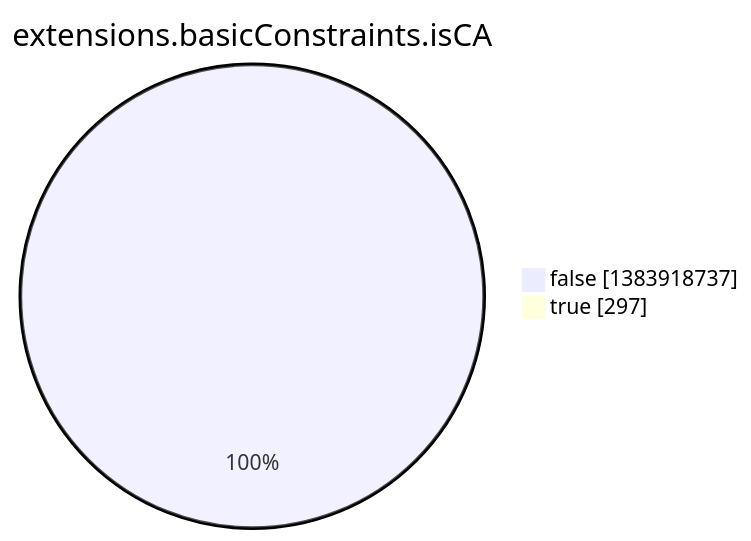
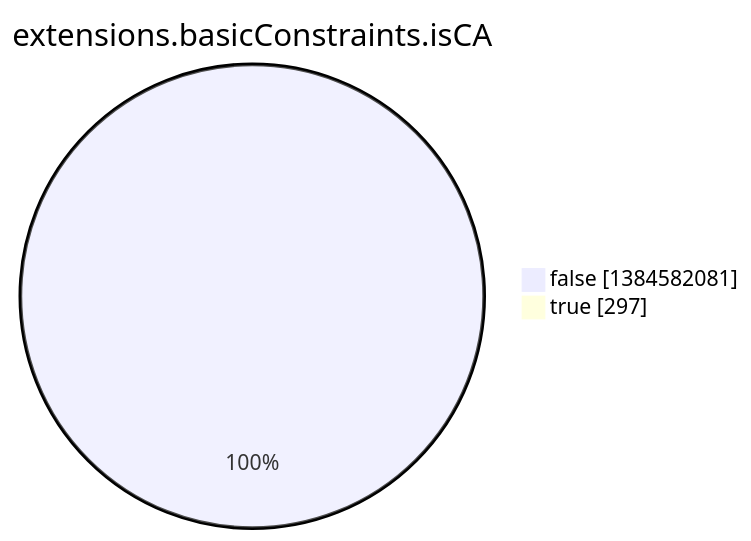
The eighth of 15 diagrams in argon2022/README.md (christiankrug/ctmonitor_visualization), drawn with Mermaid before and after one commit. The commit also changed other lines of this file, not shown here.

````diff
--- a/argon2022/README.md
+++ b/argon2022/README.md
@@ -2759,6 +2759,6 @@
 ```mermaid
 pie showData
 title extensions.basicConstraints.isCA
-"false" :1383918737
+"false" :1384582081
 "true" :297
 ```
````
